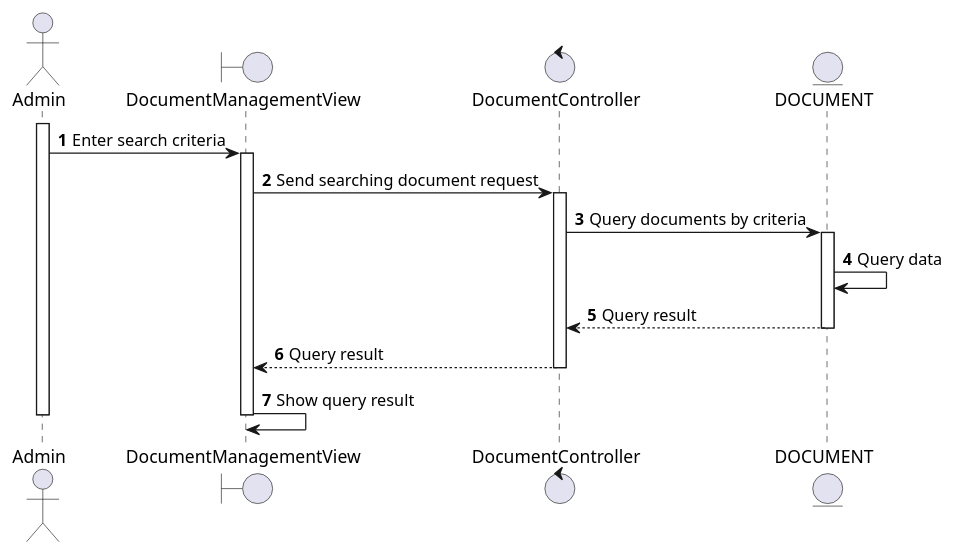
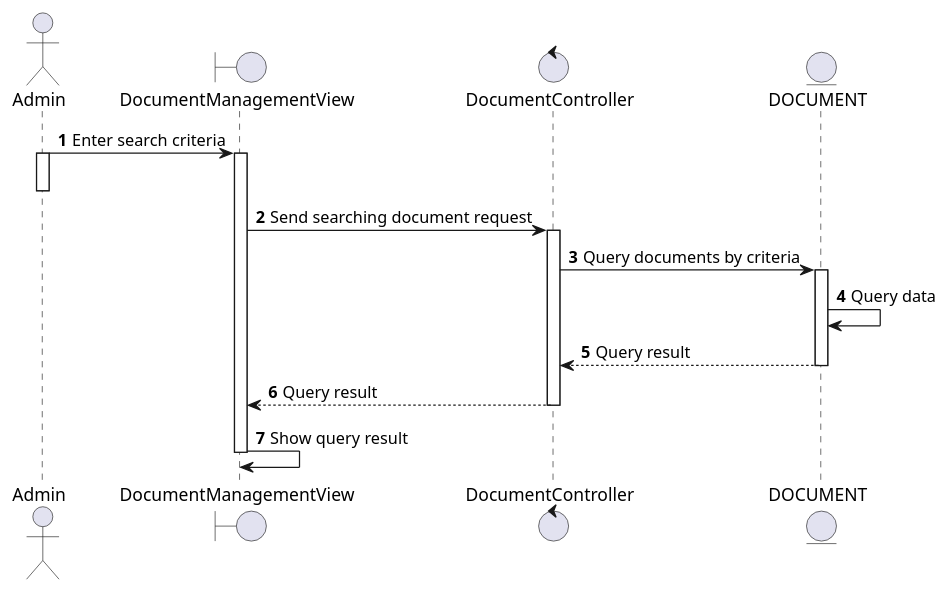
Before and after one commit to electricilies/electricilies.github.io: the diagram in docs/docs/sequence/adjust-document/search-document.md, drawn with PlantUML. The commit also changed 20 other files, not shown here.

````diff
--- a/docs/docs/sequence/adjust-document/search-document.md
+++ b/docs/docs/sequence/adjust-document/search-document.md
@@ -3,28 +3,27 @@
 ```plantuml
 @startuml
 autonumber
 
 actor Admin as A
 boundary DocumentManagementView as DMV
 control DocumentController as DC
 entity DOCUMENT as D
 
+A -> DMV: Enter search criteria
 activate A
-A -> DMV: Enter search criteria
 activate DMV
+deactivate A
 DMV -> DC: Send searching document request
 activate DC
 DC -> D: Query documents by criteria
 activate D
 D -> D: Query data
 DC <-- D: Query result
 deactivate D
 DMV <-- DC: Query result
 deactivate DC
 DMV -> DMV: Show query result
-
 deactivate DMV
-deactivate A
 
 @enduml
 ```
````
